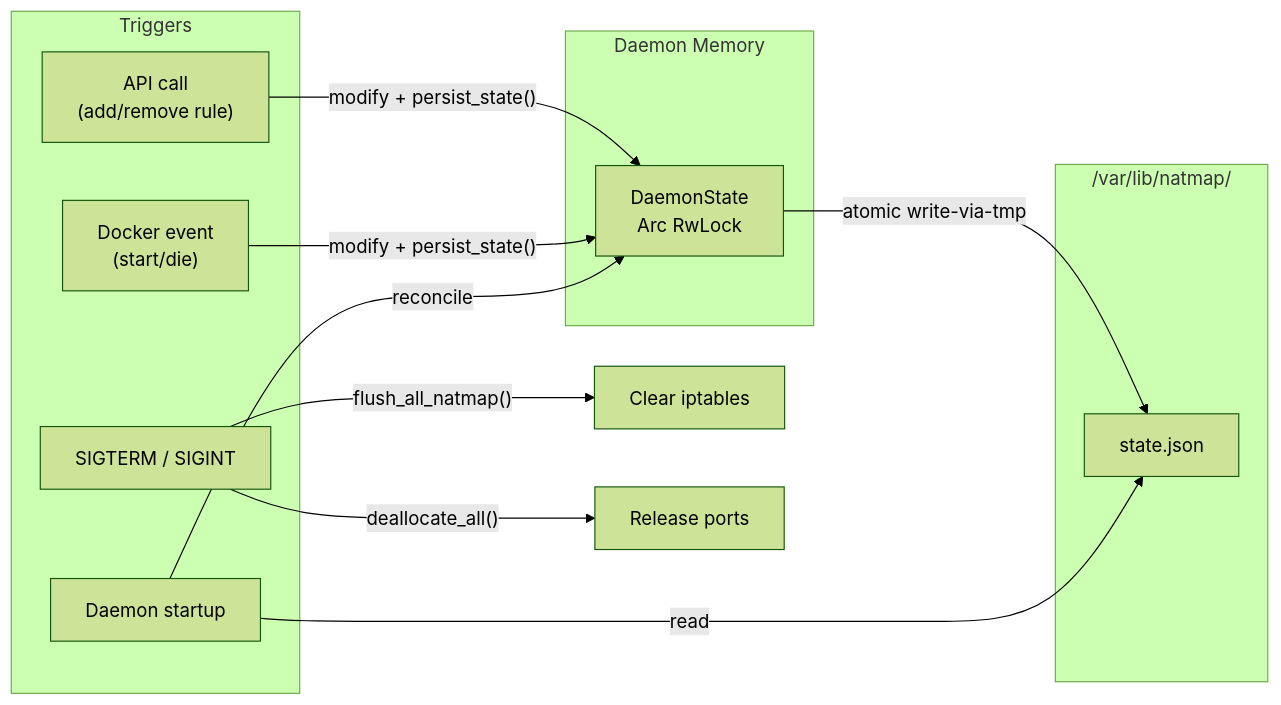
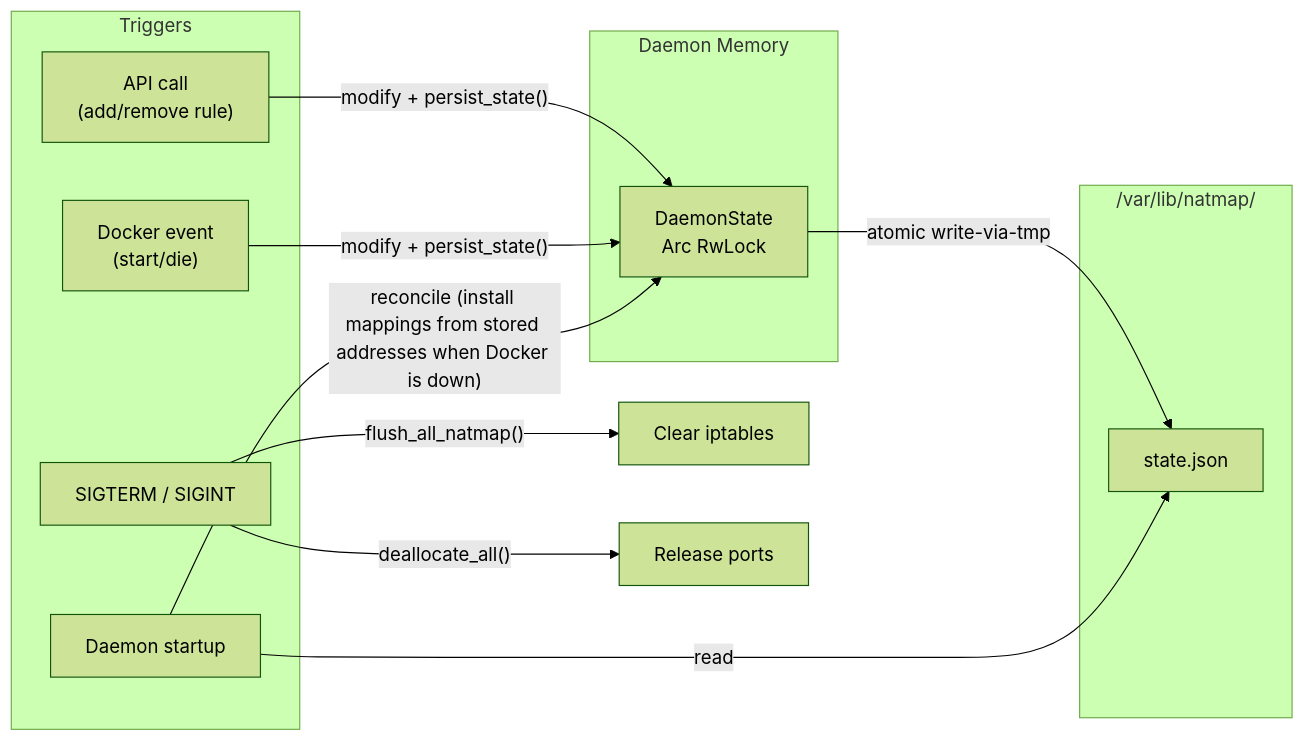
One commit to FAZuH/lab-ops changed the diagram in docs/diagrams/state-persistence.mmd. Above: the diagram before and after it, drawn with Mermaid (forest theme). The commit also changed 12 other files, not shown here.

```diff
--- a/docs/diagrams/state-persistence.mmd
+++ b/docs/diagrams/state-persistence.mmd
@@ -1,25 +1,25 @@
 flowchart LR
     subgraph Memory["Daemon Memory"]
         DS["DaemonState<br/>Arc RwLock"]
     end
 
     subgraph Disk["/var/lib/natmap/"]
         JSON["state.json"]
     end
 
     subgraph Events["Triggers"]
         API["API call<br/>(add/remove rule)"]
         DOCKER["Docker event<br/>(start/die)"]
         SHUTDOWN["SIGTERM / SIGINT"]
         STARTUP["Daemon startup"]
     end
 
     API -->|"modify + persist_state()"| DS
     DOCKER -->|"modify + persist_state()"| DS
     DS -->|"atomic write-via-tmp"| JSON
 
     SHUTDOWN -->|"flush_all_natmap()"| IPT["Clear iptables"]
     SHUTDOWN -->|"deallocate_all()"| PORTS["Release ports"]
 
     STARTUP -->|"read"| JSON
-    STARTUP -->|"reconcile"| DS
+    STARTUP -->|"reconcile (install mappings from stored addresses when Docker is down)"| DS
```
